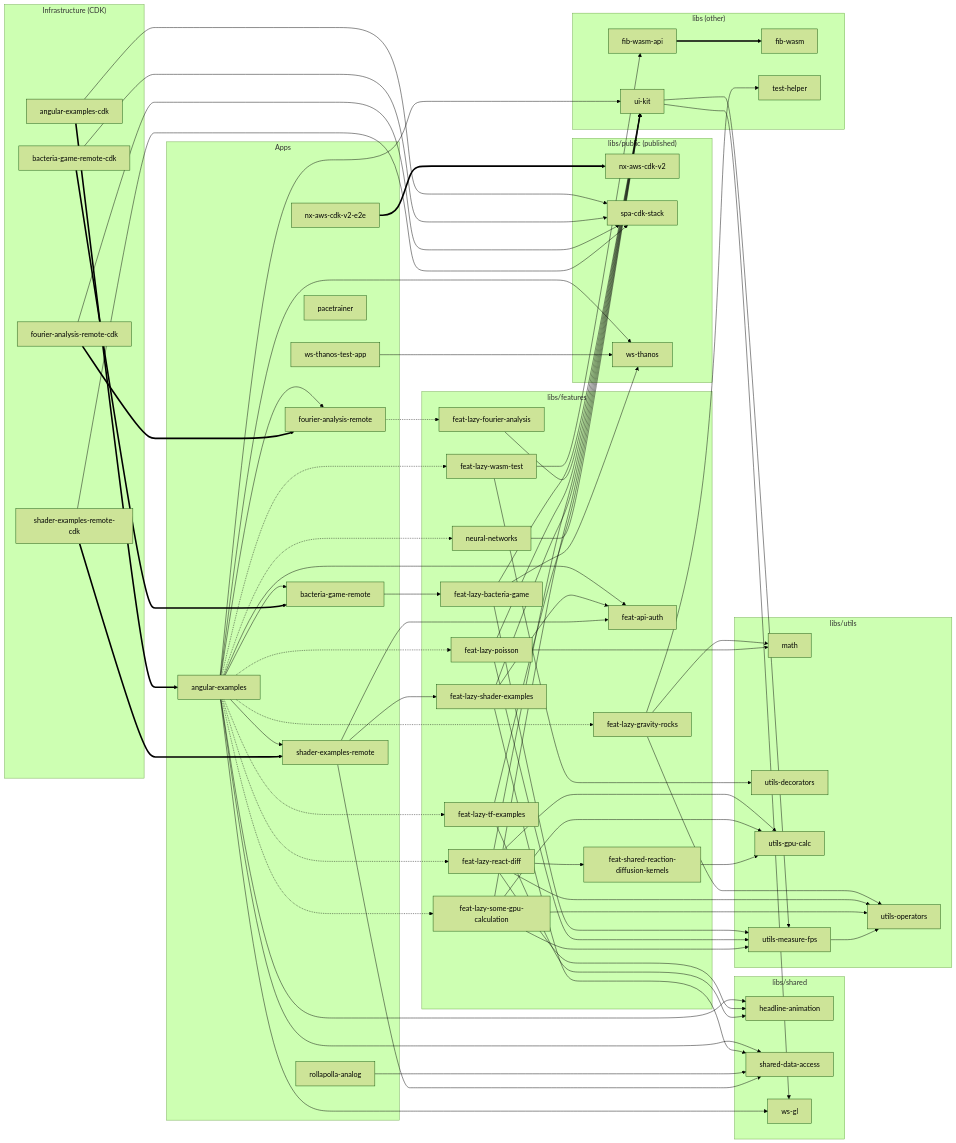
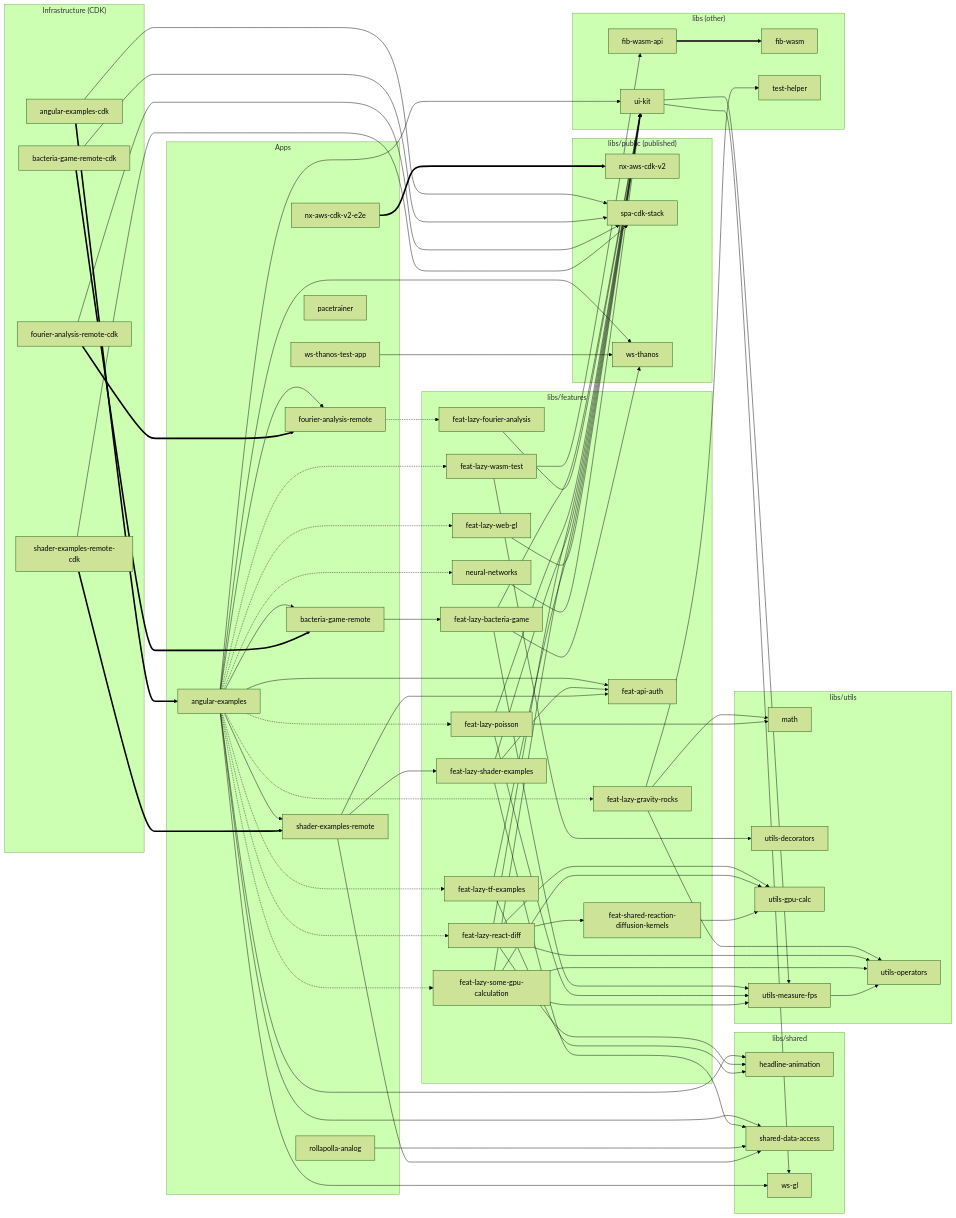
One commit to WolfSoko/wol-sok-mono changed the fourth of 4 diagrams in docs/architecture/README.md. Above: the diagram before and after it, drawn with Mermaid (forest theme). The commit also changed other lines of this file and 22 other files, not shown here.

First line of the commit message:
refactor(feat-lazy-web-gl): extract mandelbrot demo into libs/features/lazy/web-gl (#2382)

```diff
--- a/docs/architecture/README.md
+++ b/docs/architecture/README.md
@@ -143,6 +143,7 @@
     feat_lazy_some_gpu_calculation["feat-lazy-some-gpu-calculation"]
     feat_lazy_tf_examples["feat-lazy-tf-examples"]
     feat_lazy_wasm_test["feat-lazy-wasm-test"]
+    feat_lazy_web_gl["feat-lazy-web-gl"]
     feat_shared_reaction_diffusion_kernels["feat-shared-reaction-diffusion-kernels"]
     neural_networks["neural-networks"]
   end
@@ -172,6 +173,7 @@
   angular_examples -.-> feat_lazy_some_gpu_calculation
   angular_examples -.-> feat_lazy_tf_examples
   angular_examples -.-> feat_lazy_wasm_test
+  angular_examples -.-> feat_lazy_web_gl
   angular_examples --> fourier_analysis_remote
   angular_examples --> headline_animation
   angular_examples -.-> neural_networks
@@ -211,6 +213,7 @@
   feat_lazy_tf_examples --> ui_kit
   feat_lazy_wasm_test --> fib_wasm_api
   feat_lazy_wasm_test --> utils_decorators
+  feat_lazy_web_gl --> ui_kit
   feat_shared_reaction_diffusion_kernels --> utils_gpu_calc
   fib_wasm_api ==> fib_wasm
   fourier_analysis_remote -.-> feat_lazy_fourier_analysis
```
